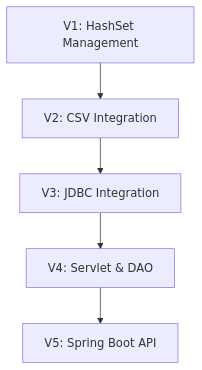
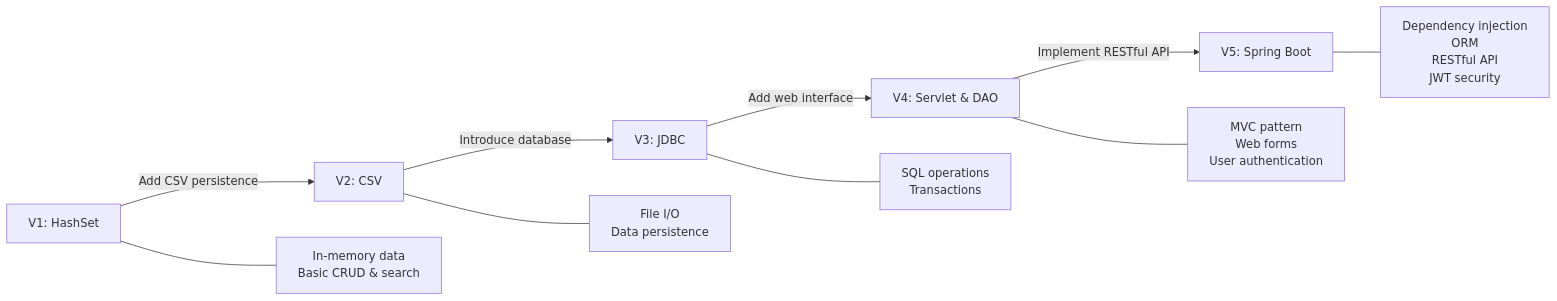
Before and after one commit to saraobialero/Bookstore_Java-Evolution-HashSet-IO-JDBC-Servlet-Spring-Boot: the diagram in README.md, drawn with Mermaid. The commit also changed other lines of this file and 10 other files, not shown here.

````diff
--- a/README.md
+++ b/README.md
@@ -17,7 +29,14 @@
 ```mermaid
-graph TD;
-    V1["V1: HashSet Management"] --> V2["V2: CSV Integration"];
-    V2 --> V3["V3: JDBC Integration"];
-    V3 --> V4["V4: Servlet & DAO"];
-    V4 --> V5["V5: Spring Boot API"];
+graph LR
+    V1[V1: HashSet] -->|Add CSV persistence| V2[V2: CSV]
+    V2 -->|Introduce database| V3[V3: JDBC]
+    V3 -->|Add web interface| V4[V4: Servlet & DAO]
+    V4 -->|Implement RESTful API| V5[V5: Spring Boot]
+
+    V1 --- V1F[In-memory data<br>Basic CRUD & search]
+    V2 --- V2F[File I/O<br>Data persistence]
+    V3 --- V3F[SQL operations<br>Transactions]
+    V4 --- V4F[MVC pattern<br>Web forms<br>User authentication]
+    V5 --- V5F[Dependency injection<br>ORM<br>RESTful API<br>JWT security]
+
 ```
````
